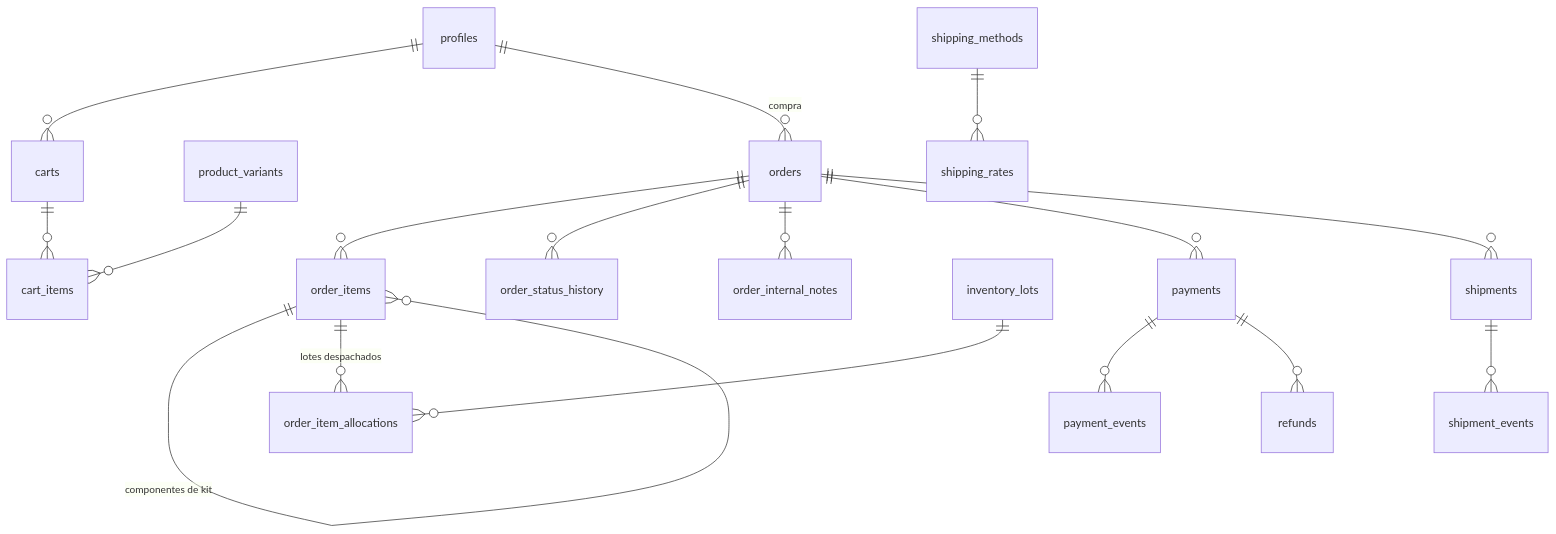
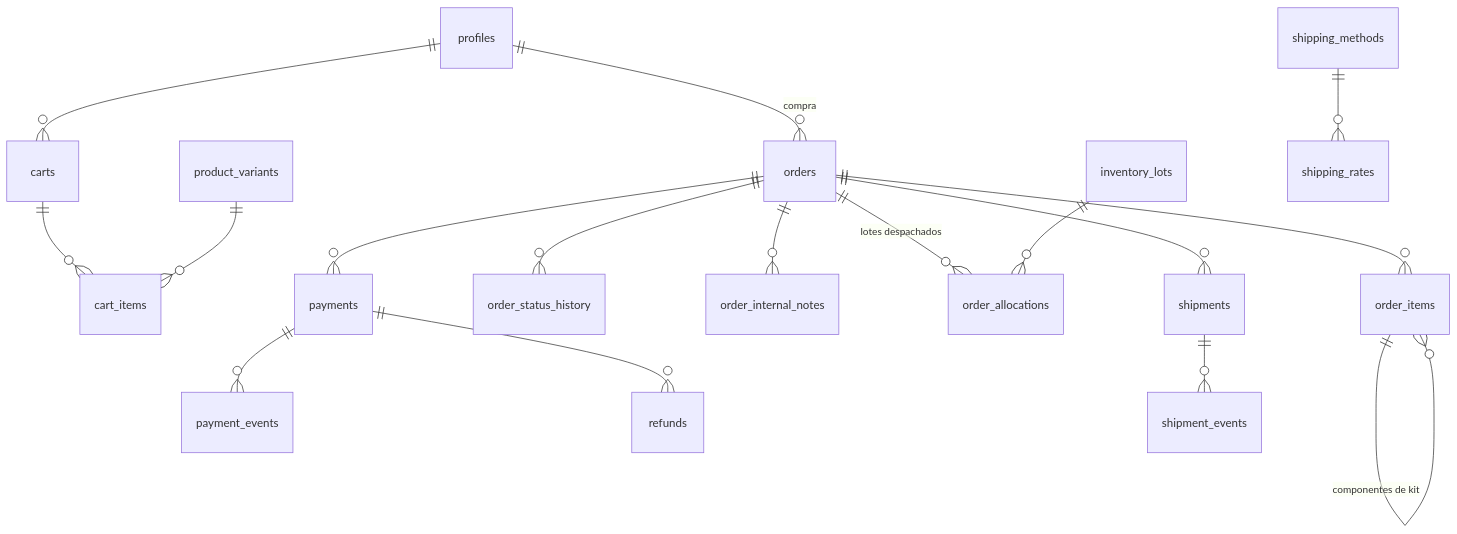
The fourth of 5 diagrams in docs/02-modelo-de-datos.md (Alerzyo2003/app-venta-implantes), drawn with Mermaid before and after one commit. The commit also changed other lines of this file and 33 other files, not shown here.

````diff
--- a/docs/02-modelo-de-datos.md
+++ b/docs/02-modelo-de-datos.md
@@ -151,19 +151,19 @@
 ```mermaid
 erDiagram
   profiles ||--o{ carts : ""
   carts ||--o{ cart_items : ""
   product_variants ||--o{ cart_items : ""
   profiles ||--o{ orders : compra
   orders ||--o{ order_items : ""
   order_items ||--o{ order_items : "componentes de kit"
   orders ||--o{ order_status_history : ""
   orders ||--o{ order_internal_notes : ""
-  order_items ||--o{ order_item_allocations : "lotes despachados"
-  inventory_lots ||--o{ order_item_allocations : ""
+  orders ||--o{ order_allocations : "lotes despachados"
+  inventory_lots ||--o{ order_allocations : ""
   orders ||--o{ payments : ""
   payments ||--o{ payment_events : ""
   payments ||--o{ refunds : ""
   shipping_methods ||--o{ shipping_rates : ""
   orders ||--o{ shipments : ""
   shipments ||--o{ shipment_events : ""
 ```
````
